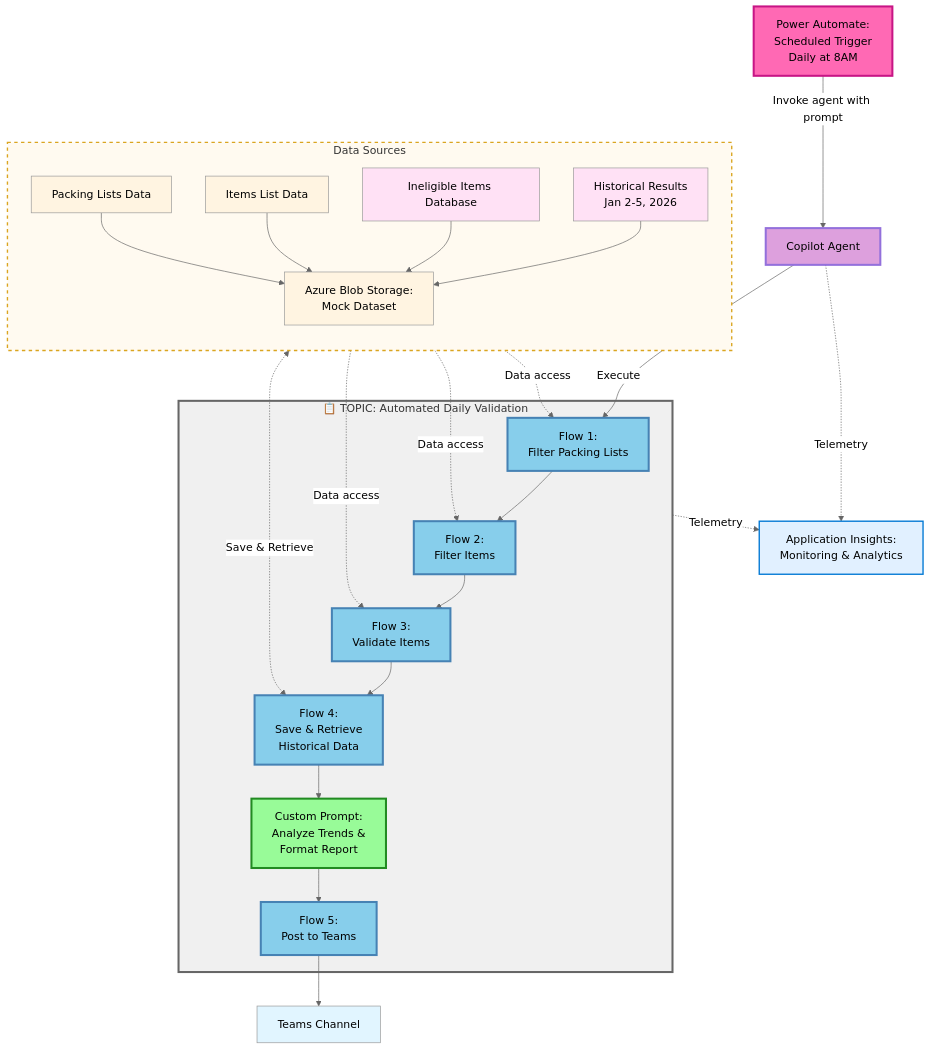
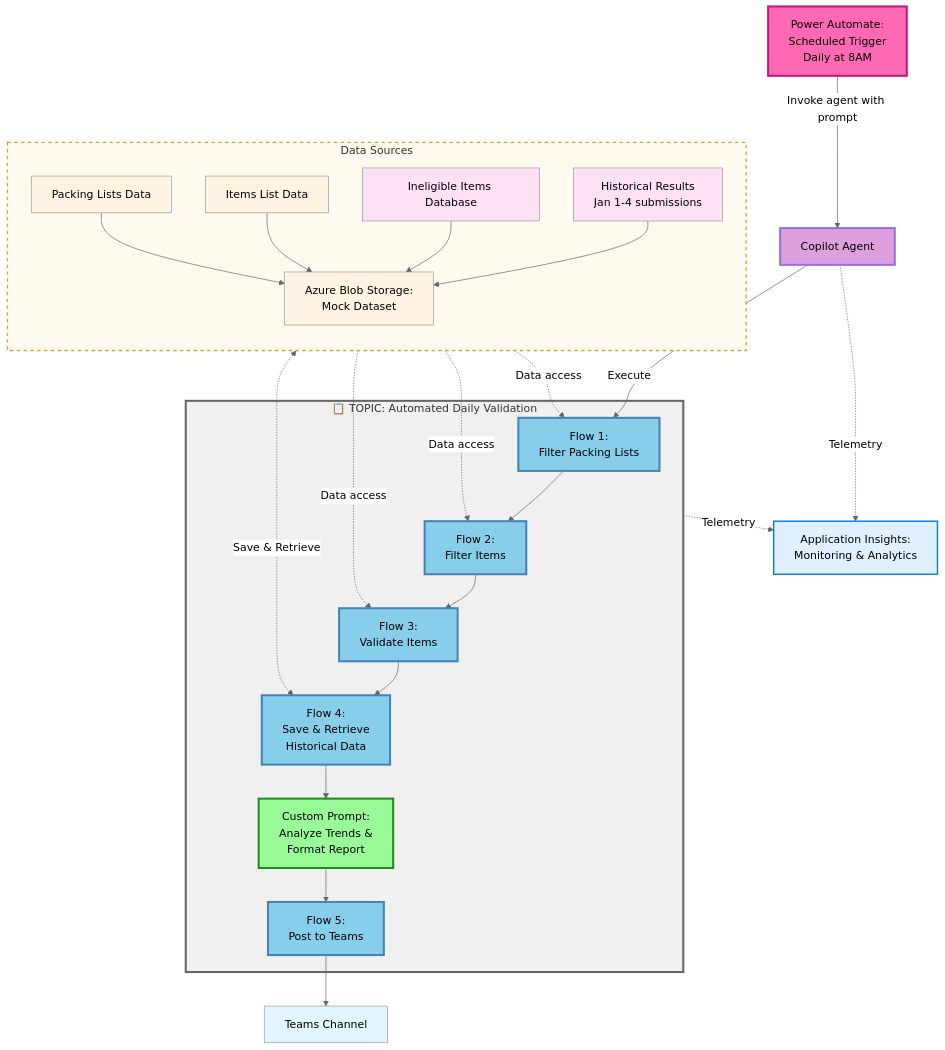
The second of 2 diagrams in README.md (david-pizzi-cg/agentic-compliance-qa), drawn with Mermaid (neutral theme) before and after one commit. The commit also changed other lines of this file and 10 other files, not shown here.

First line of the commit message:
Complete historical trend analysis feature with Flow 4 implementation

````diff
--- a/README.md
+++ b/README.md
@@ -250,72 +250,72 @@
 ```mermaid
 flowchart TD
     S[Power Automate:<br/>Scheduled Trigger<br/>Daily at 8AM]
     
     S -->|Invoke agent with prompt| T[Copilot Agent]
     
     T -->|Execute| E
     
     subgraph ADV["📋 TOPIC: Automated Daily Validation"]
         E[Flow 1:<br/>Filter Packing Lists]
         F[Flow 2:<br/>Filter Items]
         G[Flow 3:<br/>Validate Items]
         G4[Flow 4:<br/>Save & Retrieve<br/>Historical Data]
         H[Custom Prompt:<br/>Analyze Trends &<br/>Format Report]
         I2[Flow 5:<br/>Post to Teams]
         
         E --> F
         F --> G
         G --> G4
         G4 --> H
         H --> I2
     end
     
     I2 --> J[Teams Channel]
     
     subgraph DS["Data Sources"]
         direction TB
         A[Packing Lists Data]
         B[Items List Data]
         C[Ineligible Items Database]
-        HIS[Historical Results<br/>Jan 2-5, 2026]
+        HIS[Historical Results<br/>Jan 1-4 submissions]
         A --> D[Azure Blob Storage:<br/>Mock Dataset]
         B --> D
         C --> D
         HIS --> D
     end
     
     D -.->|Data access| E
     D -.->|Data access| F
     D -.->|Data access| G
     D <-.->|Save & Retrieve| G4
     
     T -.->|Telemetry| K[Application Insights:<br/>Monitoring & Analytics]
     ADV -.->|Telemetry| K
     
     style S fill:#ff69b4,stroke:#c71585,stroke-width:3px
     style T fill:#dda0dd,stroke:#9370db,stroke-width:3px
     style ADV fill:#f0f0f0,stroke:#666,stroke-width:3px
     style DS fill:#fffaf0,stroke:#daa520,stroke-width:2px,stroke-dasharray: 5 5
     style K fill:#e1f0ff,stroke:#0078d4,stroke-width:2px
     style A fill:#fff4e1
     style B fill:#fff4e1
     style C fill:#ffe1f5
     style D fill:#fff4e1
     style E fill:#87ceeb,stroke:#4682b4,stroke-width:3px
     style F fill:#87ceeb,stroke:#4682b4,stroke-width:3px
     style G fill:#87ceeb,stroke:#4682b4,stroke-width:3px
     style G4 fill:#87ceeb,stroke:#4682b4,stroke-width:3px
     style H fill:#98fb98,stroke:#228b22,stroke-width:3px
     style I2 fill:#87ceeb,stroke:#4682b4,stroke-width:3px
     style J fill:#e1f5ff
     style HIS fill:#ffe1f5
     
     classDef flow fill:#87ceeb,stroke:#4682b4,stroke-width:3px
     classDef prompt fill:#98fb98,stroke:#228b22,stroke-width:3px
     classDef trigger fill:#ff69b4,stroke:#c71585,stroke-width:3px
     classDef agent fill:#dda0dd,stroke:#9370db,stroke-width:3px
     class E,F,G,G4,I2 flow
     class H prompt
     class S trigger
     class T agent
 ```
````
